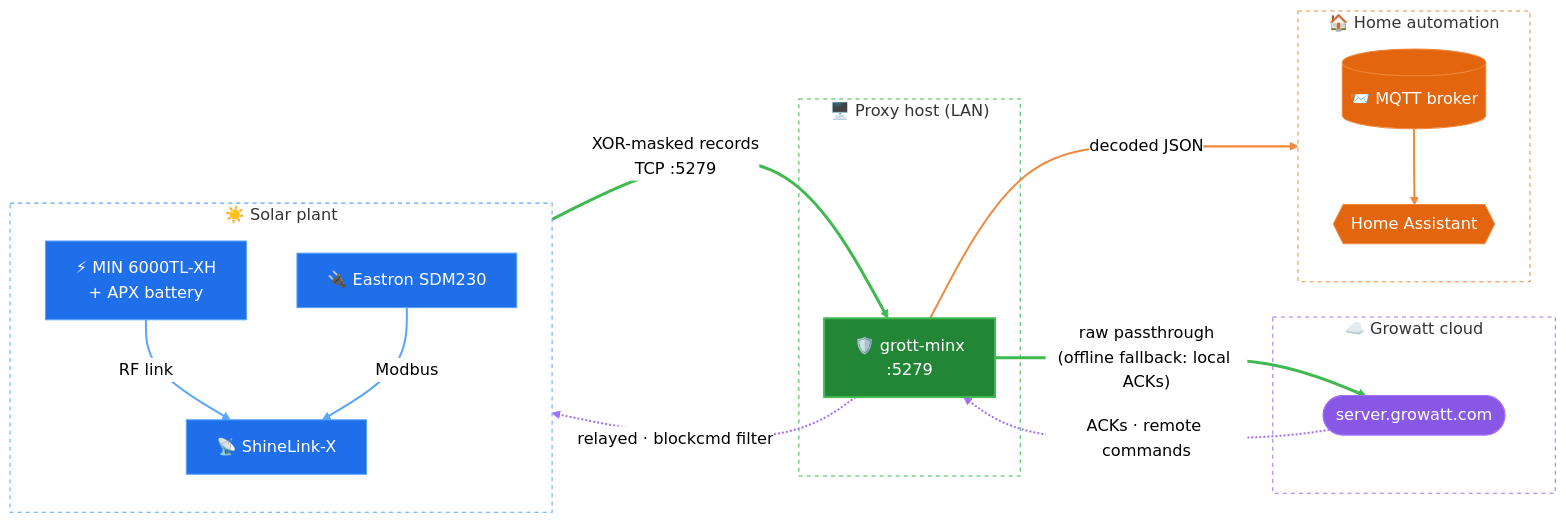
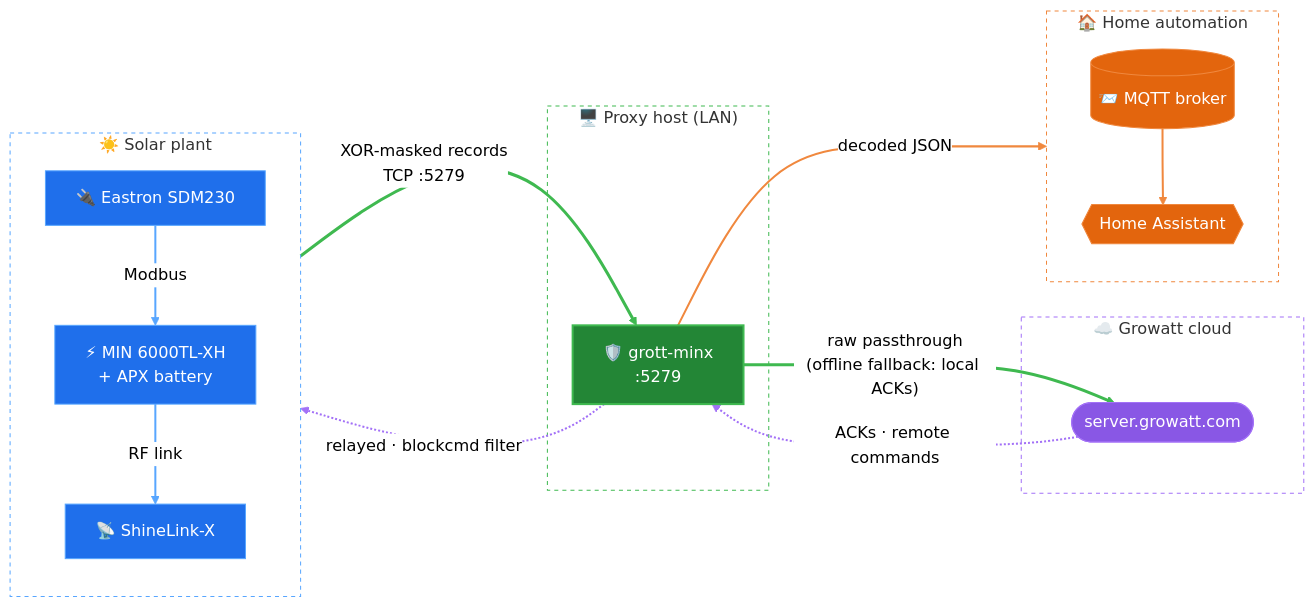
The first of 2 diagrams in README.md (dberrocal-git/grott-minx), drawn with Mermaid (neutral theme) before and after one commit. The commit also changed other lines of this file, not shown here.

Commit message:
README: smart meter wires to the inverter via Modbus; any Growatt-compatible meter should work

````diff
--- a/README.md
+++ b/README.md
@@ -23,49 +23,49 @@
 ```mermaid
 flowchart LR
     subgraph plant["☀️ Solar plant"]
         direction TB
         INV["⚡ MIN 6000TL-XH<br/>+ APX battery"]
         SM["🔌 Eastron SDM230"]
         DL["📡 ShineLink-X"]
         INV -- "RF link" --> DL
-        SM -- "Modbus" --> DL
+        SM -- "Modbus" --> INV
     end
 
     subgraph host["🖥️ Proxy host (LAN)"]
         P["🛡️ grott-minx<br/>:5279"]
     end
 
     subgraph cloud["☁️ Growatt cloud"]
         G(["server.growatt.com"])
     end
 
     subgraph home["🏠 Home automation"]
         direction TB
         M[("📨 MQTT broker")]
         HA{{"Home Assistant"}}
         M --> HA
     end
 
     DL ==>|"XOR-masked records<br/>TCP :5279"| P
     P ==>|"raw passthrough<br/>(offline fallback: local ACKs)"| G
     G -.->|"ACKs · remote commands"| P
     P -.->|"relayed · blockcmd filter"| DL
     P ==>|"decoded JSON"| M
 
     classDef device fill:#1f6feb,stroke:#58a6ff,color:#fff,stroke-width:1px
     classDef proxy fill:#238636,stroke:#3fb950,color:#fff,stroke-width:2px
     classDef cloudn fill:#8957e5,stroke:#a371f7,color:#fff
     classDef homen fill:#e3650d,stroke:#f0883e,color:#fff
     class INV,SM,DL device
     class P proxy
     class G cloudn
     class M,HA homen
     style plant fill:transparent,stroke:#58a6ff,stroke-dasharray:4 4
     style host fill:transparent,stroke:#3fb950,stroke-dasharray:4 4
     style cloud fill:transparent,stroke:#a371f7,stroke-dasharray:4 4
     style home fill:transparent,stroke:#f0883e,stroke-dasharray:4 4
     linkStyle 0,1 stroke:#58a6ff,stroke-width:2px
     linkStyle 3,4 stroke:#3fb950,stroke-width:3px
     linkStyle 5,6 stroke:#a371f7,stroke-width:2px
     linkStyle 2,7 stroke:#f0883e,stroke-width:2px
 ```
````
